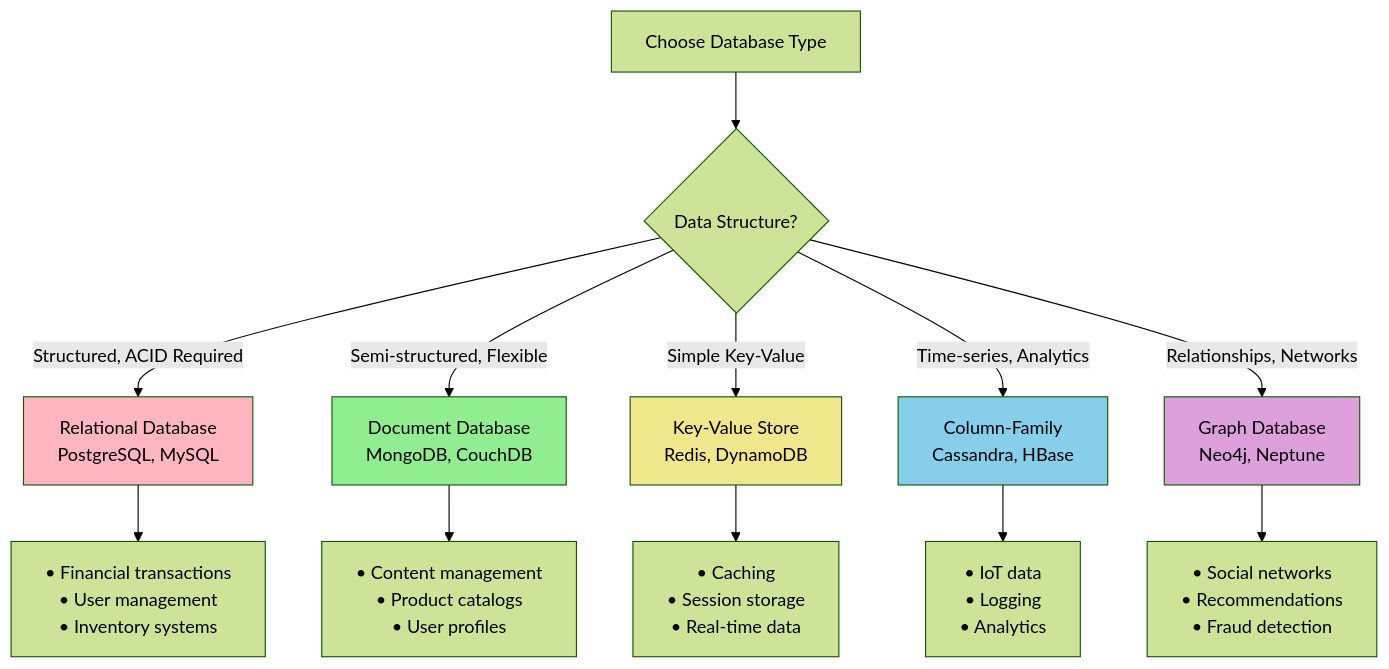
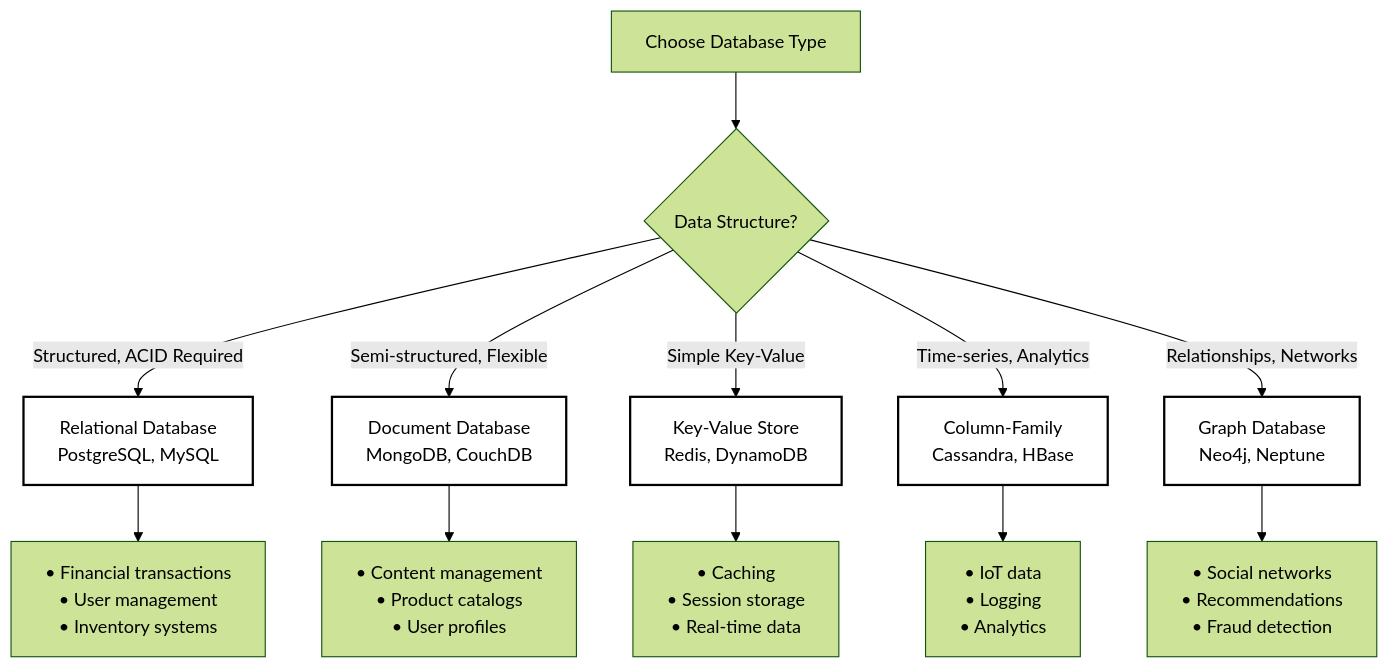
Before and after one commit to Ritahchanger/system_design: the second of 5 diagrams in databases/README.md, drawn with Mermaid (forest theme). The commit also changed 5 other files, not shown here.

Commit message:
Updated visual diagrams and added readme for database case studies

````diff
--- a/databases/README.md
+++ b/databases/README.md
@@ -54,22 +54,25 @@
 ```mermaid
 flowchart TD
     Start[Choose Database Type] --> DataType{Data Structure?}
     
     DataType -->|Structured, ACID Required| RDBMS[Relational Database<br/>PostgreSQL, MySQL]
     DataType -->|Semi-structured, Flexible| Document[Document Database<br/>MongoDB, CouchDB]
     DataType -->|Simple Key-Value| KV[Key-Value Store<br/>Redis, DynamoDB]
     DataType -->|Time-series, Analytics| Column[Column-Family<br/>Cassandra, HBase]
     DataType -->|Relationships, Networks| Graph[Graph Database<br/>Neo4j, Neptune]
     
     RDBMS --> RDBMSUse[• Financial transactions<br/>• User management<br/>• Inventory systems]
     Document --> DocUse[• Content management<br/>• Product catalogs<br/>• User profiles]
     KV --> KVUse[• Caching<br/>• Session storage<br/>• Real-time data]
     Column --> ColUse[• IoT data<br/>• Logging<br/>• Analytics]
     Graph --> GraphUse[• Social networks<br/>• Recommendations<br/>• Fraud detection]
     
-    style RDBMS fill:#FFB6C1
-    style Document fill:#90EE90
-    style KV fill:#F0E68C
-    style Column fill:#87CEEB
-    style Graph fill:#DDA0DD
+    %% Strict Black & White Styling
+    style RDBMS fill:#FFFFFF,stroke:#000000,stroke-width:2px
+    style Document fill:#FFFFFF,stroke:#000000,stroke-width:2px
+    style KV fill:#FFFFFF,stroke:#000000,stroke-width:2px
+    style Column fill:#FFFFFF,stroke:#000000,stroke-width:2px
+    style Graph fill:#FFFFFF,stroke:#000000,stroke-width:2px
+
+
 ```
````
